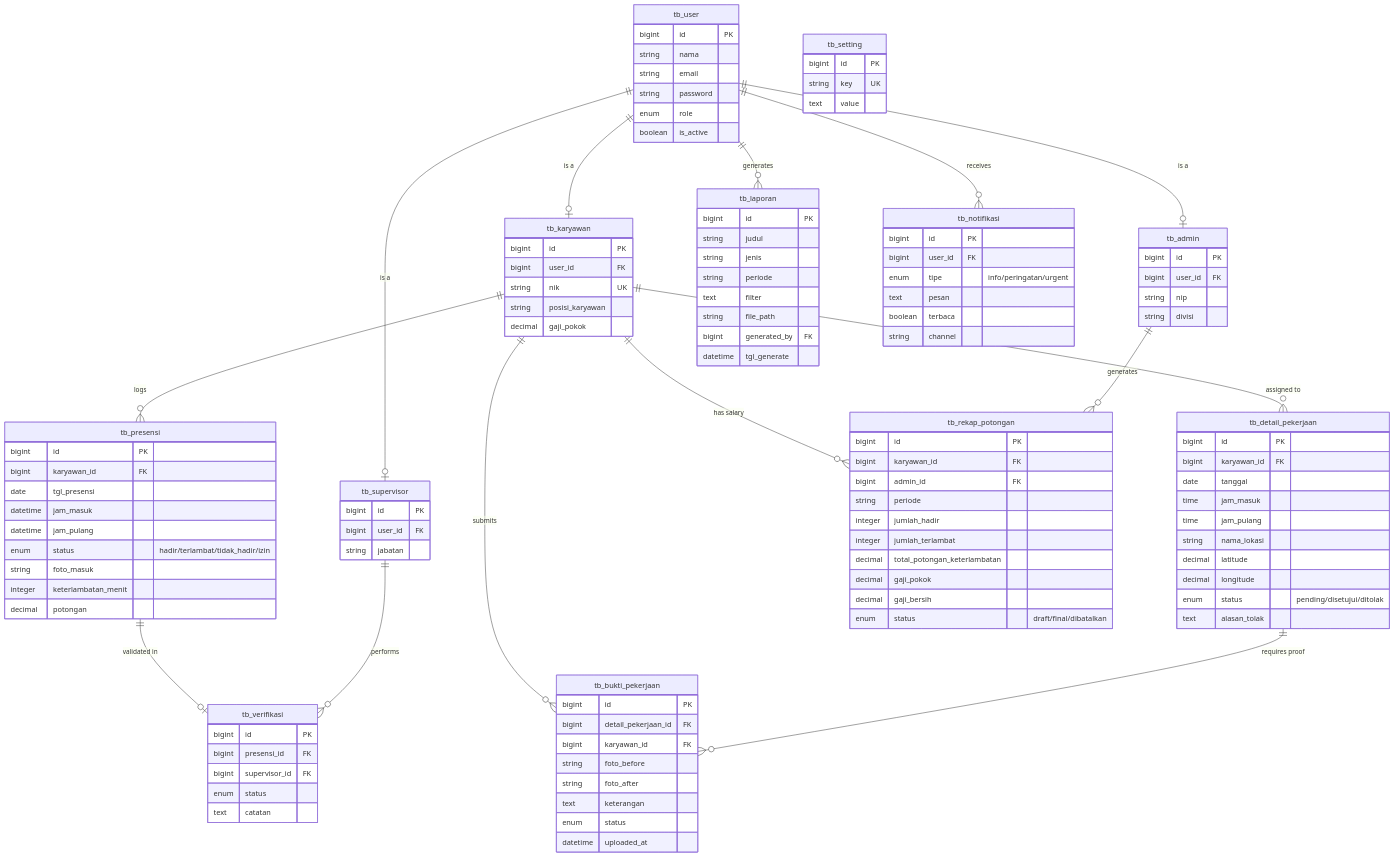
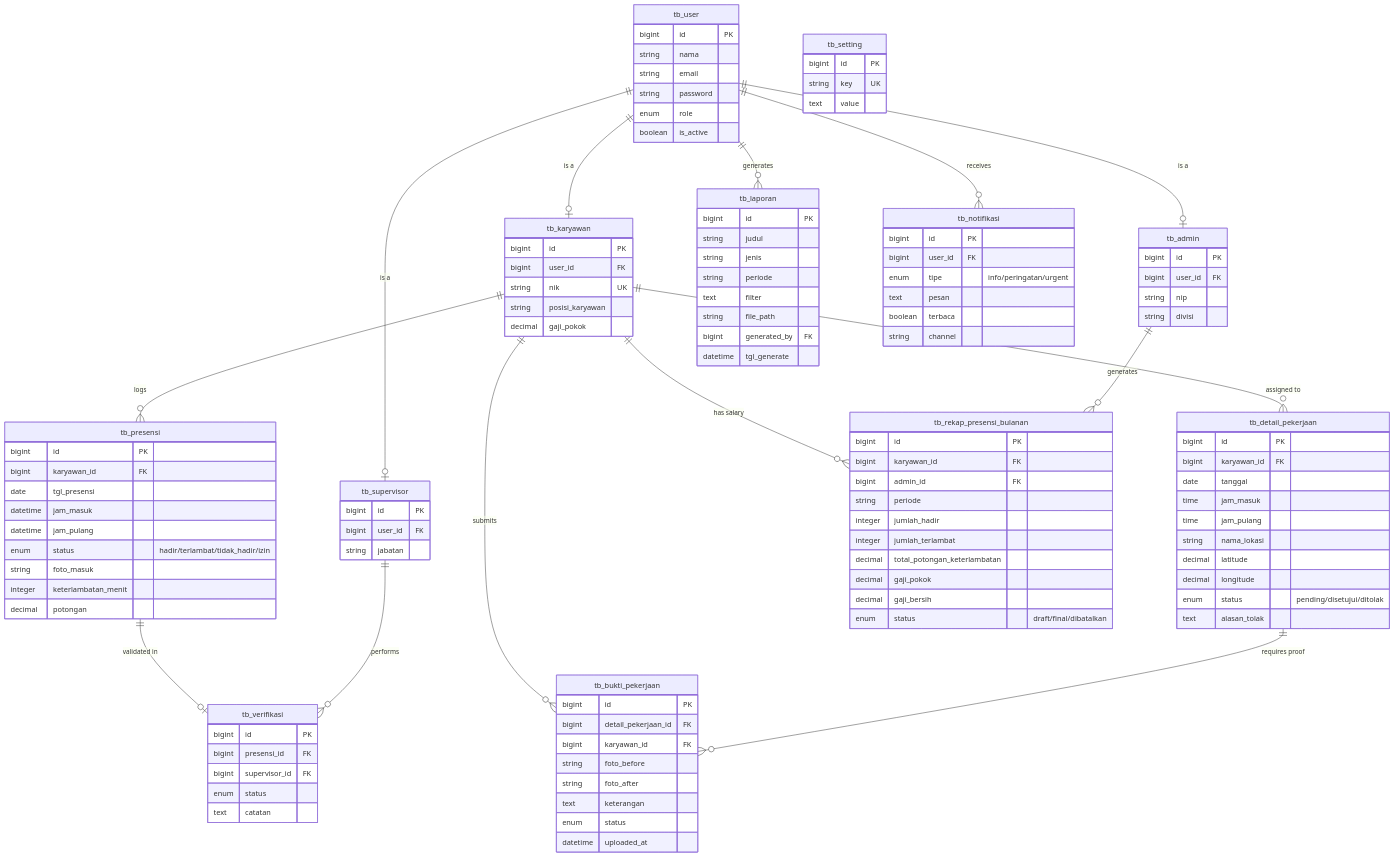
Before and after one commit to FadhilahNezaSolikhah/sistem-kepegawaian: the second of 2 diagrams in docs/v2/09-diagram-sistem.md, drawn with Mermaid. The commit also changed other lines of this file and 28 other files, not shown here.

First line of the commit message:
feat: migrasi rekap potongan ke rekap presensi bulanan

````diff
--- a/docs/v2/09-diagram-sistem.md
+++ b/docs/v2/09-diagram-sistem.md
@@ -134,7 +134,7 @@
         text catatan
     }
 
-    tb_rekap_potongan {
+    tb_rekap_presensi_bulanan {
         bigint id PK
         bigint karyawan_id FK
         bigint admin_id FK
@@ -182,11 +182,11 @@
     tb_karyawan ||--o{ tb_presensi : "logs"
     tb_karyawan ||--o{ tb_detail_pekerjaan : "assigned to"
     tb_karyawan ||--o{ tb_bukti_pekerjaan : "submits"
-    tb_karyawan ||--o{ tb_rekap_potongan : "has salary"
+    tb_karyawan ||--o{ tb_rekap_presensi_bulanan : "has salary"
 
     tb_presensi ||--o| tb_verifikasi : "validated in"
     tb_supervisor ||--o{ tb_verifikasi : "performs"
-    tb_admin ||--o{ tb_rekap_potongan : "generates"
+    tb_admin ||--o{ tb_rekap_presensi_bulanan : "generates"
 
     tb_detail_pekerjaan ||--o{ tb_bukti_pekerjaan : "requires proof"
 ```
````
